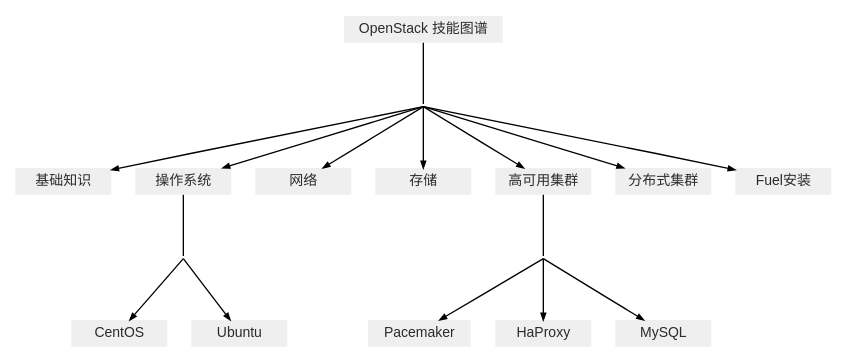
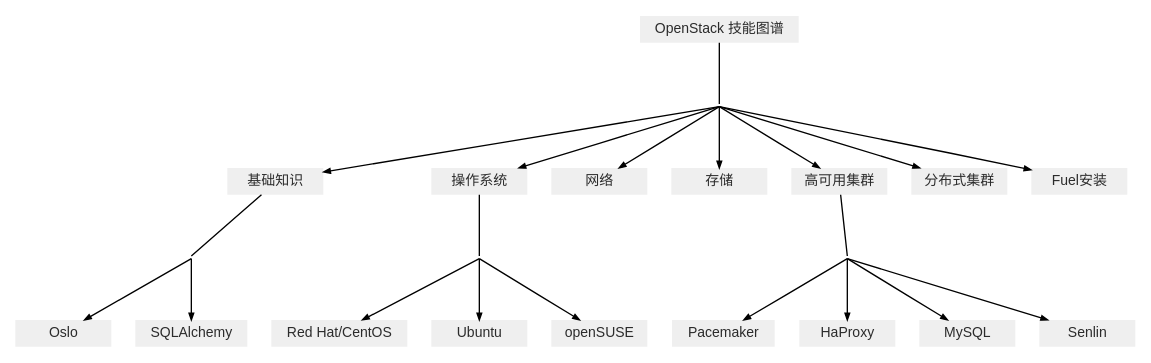
Before and after one commit to OCselected/OpenStack-Knowledge-Map: the diagram in openstack_knowledge_map.dot, drawn with Graphviz. The commit also changed 1 other file, not shown here.

Commit message:
添加图谱子节点

```diff
--- a/openstack_knowledge_map.dot
+++ b/openstack_knowledge_map.dot
@@ -1,38 +1,46 @@
 digraph Alf {
   size = "15";
   node [ shape = record, style=filled, fillcolor="#efefef", fontname=Helvetica,
          fontsize=10.5, fontcolor="#2b2b2b", height=0.25, width=1, penwidth=0 ];
   edge [ arrowhead=normal, arrowsize=0.5, len=0.5, fontcolor="#00aeef",
          fontname=Helvetica, fontsize=9.5 ];
 
   root [ label ="OpenStack 技能图谱" ];
   1 [ style=invis, label="" ];
   root->1 [ headclip=false,arrowhead=none ] ;
 
 /*  {
     rank=same ;
     1 ; "1b" ;
   }
 */
 
   1->"基础知识" [ tailclip=false ];
   1->"操作系统" [ tailclip=false ];
   1->"网络" [ tailclip=false ];
   1->"存储" [ tailclip=false ];
   1->"高可用集群" [ tailclip=false ];
   1->"分布式集群" [ tailclip=false ];
   1->"Fuel安装" [ tailclip=false ];
 
+  basic [style=invis, label="" ];
+  "基础知识" -> basic [ headclip=false,arrowhead=none ];
+
+  basic->"Oslo" [ tailclip=false ];
+  basic->"SQLAlchemy" [ tailclip=false ];
+
   2 [style=invis, label="" ];
    "操作系统" -> 2 [ headclip=false,arrowhead=none ];
 
-  2->"CentOS" [ tailclip=false ];
+  2->"Red Hat/CentOS" [ tailclip=false ];
   2->"Ubuntu" [ tailclip=false ];
-  
+  2->"openSUSE" [ tailclip=false ];  
+
   highavailable [style=invis, label="" ];
    "高可用集群" -> highavailable [ headclip=false,arrowhead=none ];
   highavailable->"Pacemaker" [ tailclip=false ];
   highavailable->"HaProxy" [ tailclip=false ];
   highavailable->"MySQL" [ tailclip=false ];
+  highavailable->"Senlin" [ tailclip=false ];
   
 }
```
